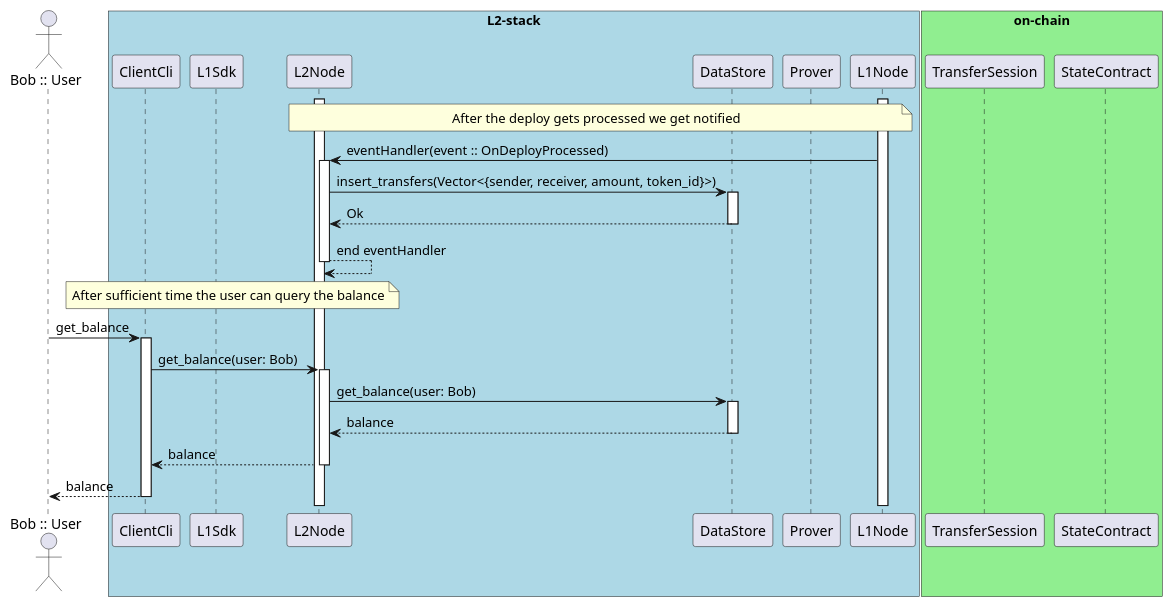
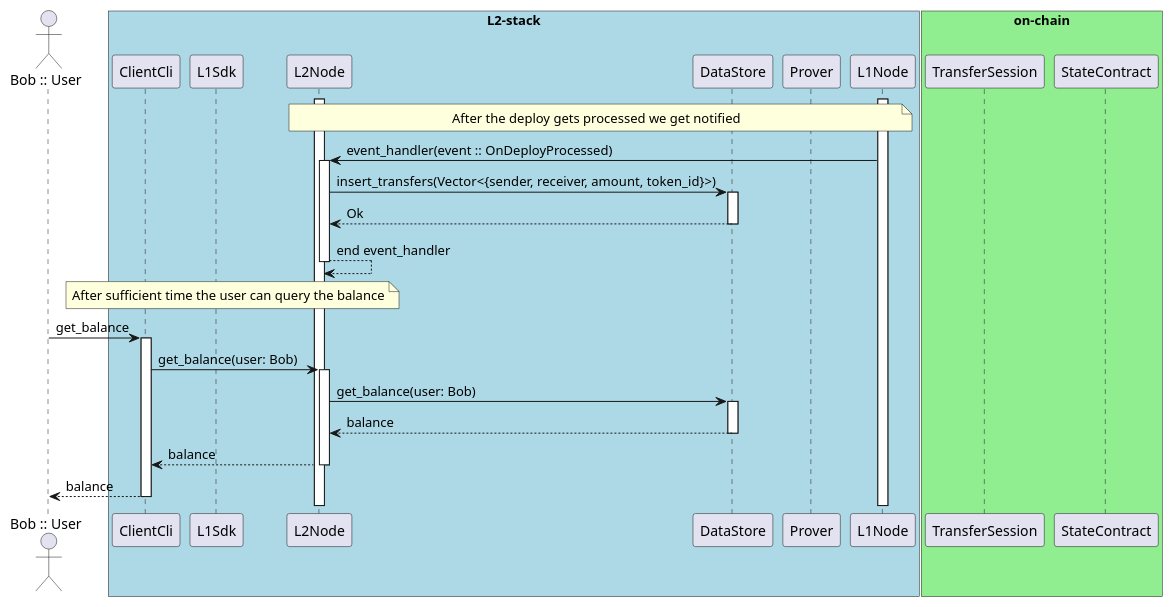
The diagram in diagrams/transfer_sequence_diagram_notify_l2.puml (cspr-rad/kairos-spec), drawn with PlantUML before and after one commit. The commit also changed 2 other files, not shown here.

```diff
--- a/diagrams/transfer_sequence_diagram_notify_l2.puml
+++ b/diagrams/transfer_sequence_diagram_notify_l2.puml
@@ -1,40 +1,40 @@
 @startuml
 autoactivate on
 actor "Bob :: User" as Bob
 box "L2-stack" #LightBlue
 participant ClientCli
 participant L1Sdk
 participant L2Node
 participant DataStore
 participant Prover
 participant L1Node
 end box
 box "on-chain" #LightGreen
 participant TransferSession
 participant StateContract
 end box
 
 activate L1Node
 activate L2Node
 
 note over L1Node, L2Node
 After the deploy gets processed we get notified
 end note
 
-L1Node -> L2Node: eventHandler(event :: OnDeployProcessed)
+L1Node -> L2Node: event_handler(event :: OnDeployProcessed)
 L2Node -> DataStore: insert_transfers(Vector<{sender, receiver, amount, token_id}>)
 DataStore --> L2Node: Ok
-L2Node --> L2Node: end eventHandler
+L2Node --> L2Node: end event_handler
 
 note over ClientCli, L2Node
 After sufficient time the user can query the balance
 end note
 Bob -> ClientCli: get_balance
 ClientCli -> L2Node: get_balance(user: Bob)
 L2Node -> DataStore: get_balance(user: Bob)
 DataStore --> L2Node: balance
 L2Node --> ClientCli: balance
 ClientCli --> Bob: balance
 
 
 @enduml
```
